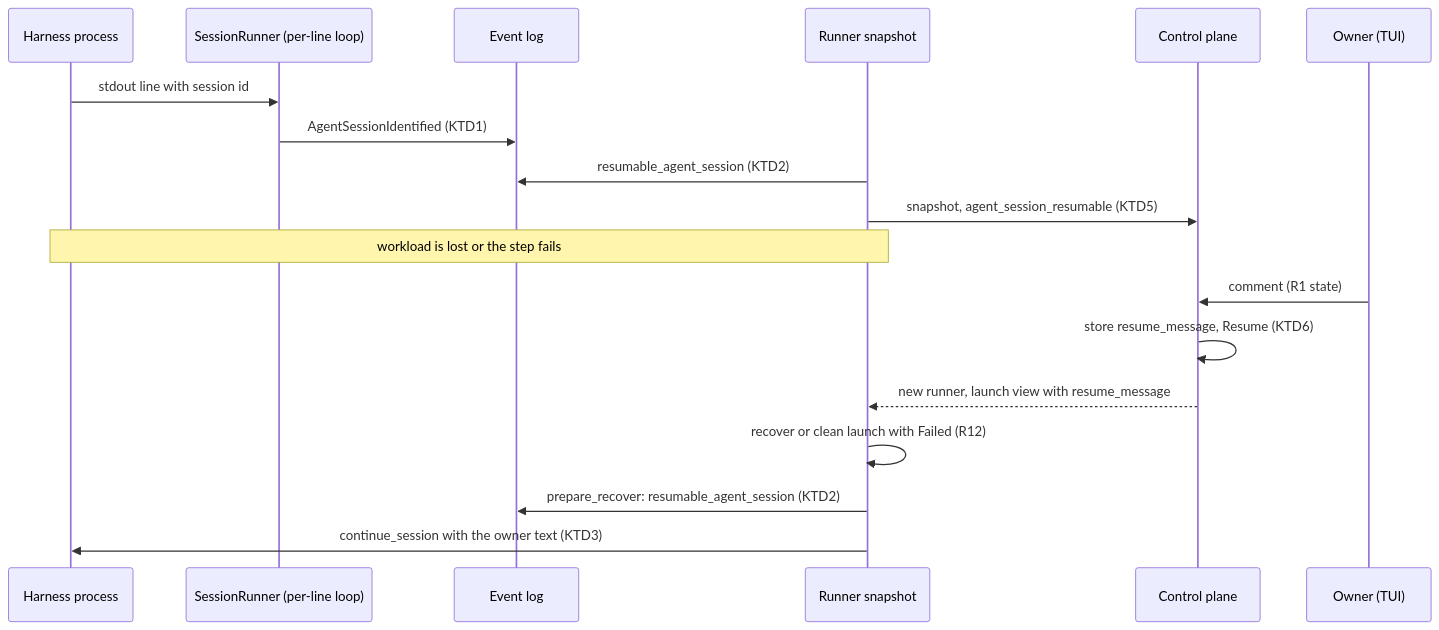
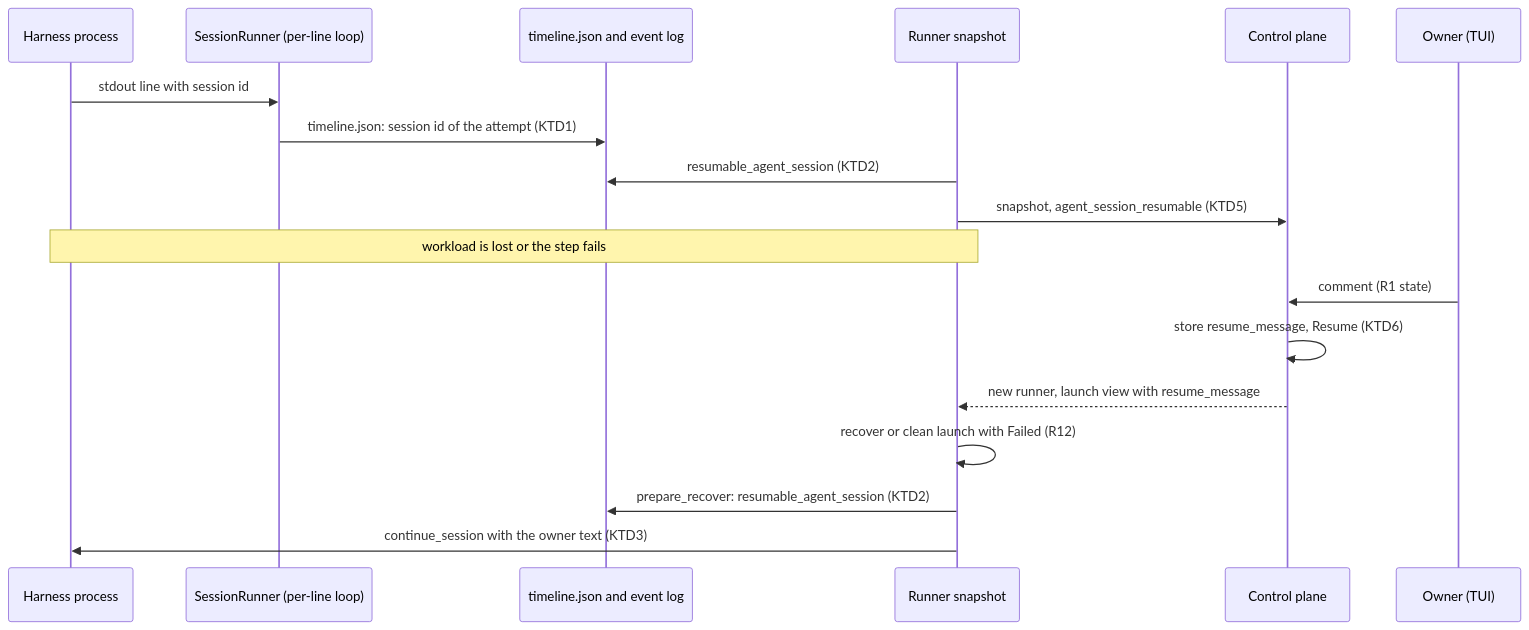
One commit to glakartur/narsor changed the first of 2 diagrams in docs/plans/2026-11-22-2125-feat-continue-agent-session-after-loss-or-error-plan.md. Above: the diagram before and after it, drawn with Mermaid. The commit also changed other lines of this file, not shown here.

Commit message:
📝 [NARSOR] docs(plans): record the session id in timeline.json and restart at once on a refused session

````diff
--- a/docs/plans/2026-11-22-2125-feat-continue-agent-session-after-loss-or-error-plan.md
+++ b/docs/plans/2026-11-22-2125-feat-continue-agent-session-after-loss-or-error-plan.md
@@ -165,20 +161,20 @@
 ```mermaid
 sequenceDiagram
     participant H as Harness process
     participant S as SessionRunner (per-line loop)
-    participant E as Event log
+    participant E as timeline.json and event log
     participant R as Runner snapshot
     participant CP as Control plane
     participant O as Owner (TUI)
     H->>S: stdout line with session id
-    S->>E: AgentSessionIdentified (KTD1)
+    S->>E: timeline.json: session id of the attempt (KTD1)
     R->>E: resumable_agent_session (KTD2)
     R->>CP: snapshot, agent_session_resumable (KTD5)
     Note over H,R: workload is lost or the step fails
     O->>CP: comment (R1 state)
     CP->>CP: store resume_message, Resume (KTD6)
     CP-->>R: new runner, launch view with resume_message
     R->>R: recover or clean launch with Failed (R12)
     R->>E: prepare_recover: resumable_agent_session (KTD2)
     R->>H: continue_session with the owner text (KTD3)
 ```
````
